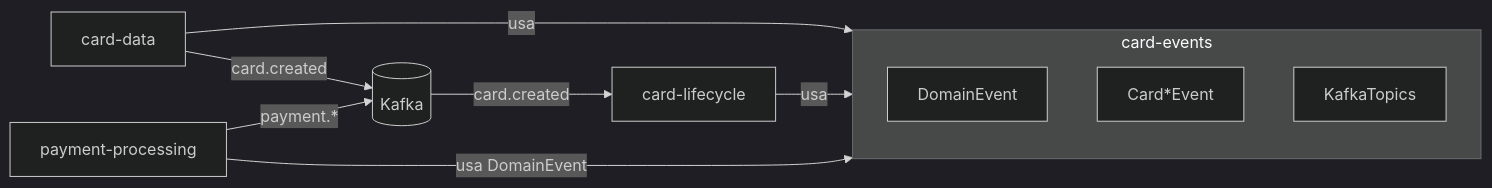
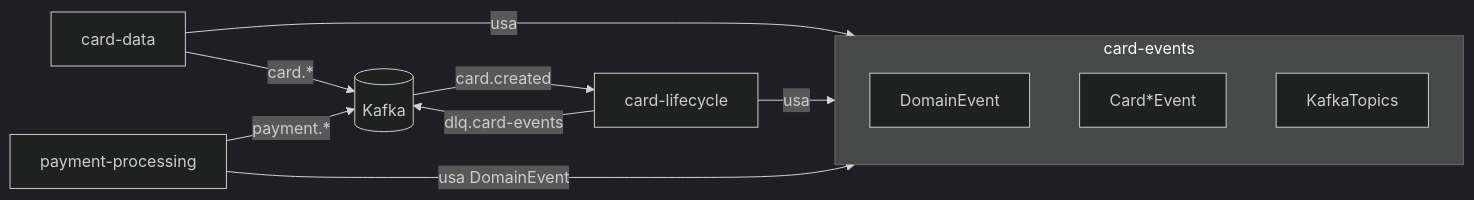
One commit to creditcard-managment/card-managment-service changed the first of 3 diagrams in docs/technical/EVENTS.md. Above: the diagram before and after it, drawn with Mermaid (dark theme). The commit also changed other lines of this file and 3 other files, not shown here.

Commit message:
docs: update EVENTS, DATA, LIFECYCLE and LIMITS for state events and the DLQ

````diff
--- a/docs/technical/EVENTS.md
+++ b/docs/technical/EVENTS.md
@@ -20,15 +20,16 @@
 ```mermaid
 flowchart LR
     subgraph lib[card-events]
         DE[DomainEvent]
         EV[Card*Event]
         KT[KafkaTopics]
     end
     CD[card-data] -- usa --> lib
     CL[card-lifecycle] -- usa --> lib
     PP[payment-processing] -- usa DomainEvent --> lib
 
-    CD -->|card.created| K[(Kafka)]
+    CD -->|card.*| K[(Kafka)]
     K -->|card.created| CL
+    CL -->|dlq.card-events| K
     PP -->|payment.* | K
 ```
````
